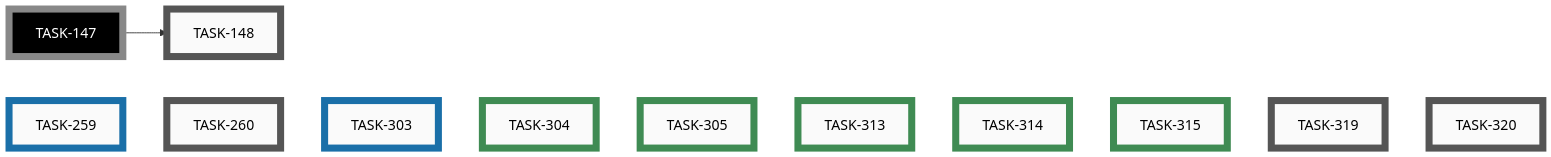
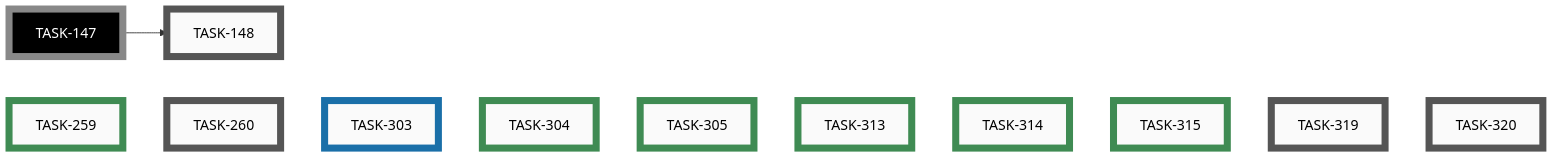
Before and after one commit to tgd1975/AwesomeStudioPedal: the seventh of 7 diagrams in docs/developers/tasks/EPICS.md, drawn with Mermaid. The commit also changed other lines of this file and 6 other files, not shown here.

First line of the commit message:
close TASK-318: /ts-task-active nags on epic branch mismatch

````diff
--- a/docs/developers/tasks/EPICS.md
+++ b/docs/developers/tasks/EPICS.md
@@ -242,36 +242,36 @@
 ```mermaid
 graph LR
     TASK_148["TASK-148"]:::open
     TASK_260["TASK-260"]:::open
     TASK_319["TASK-319"]:::open
     TASK_320["TASK-320"]:::open
-    TASK_259["TASK-259"]:::active
     TASK_303["TASK-303"]:::active
+    TASK_259["TASK-259"]:::closed
     TASK_304["TASK-304"]:::closed
     TASK_305["TASK-305"]:::closed
     TASK_313["TASK-313"]:::closed
     TASK_314["TASK-314"]:::closed
     TASK_315["TASK-315"]:::closed
     TASK_147["TASK-147"]:::openExt
     TASK_147 --> TASK_148
     TASK_259 ~~~ TASK_260 ~~~ TASK_303 ~~~ TASK_304 ~~~ TASK_305 ~~~ TASK_313 ~~~ TASK_314 ~~~ TASK_315 ~~~ TASK_319 ~~~ TASK_320
     click TASK_148 "open/task-148-reorganise-developer-documentation.md"
     click TASK_260 "open/task-260-unify-version-numbers-across-deliverables.md"
     click TASK_319 "open/task-319-remove-wireviz-precommit-block.md"
     click TASK_320 "open/task-320-remove-ble-flag-precommit-check.md"
-    click TASK_259 "active/task-259-android-app-test-protocol.md"
     click TASK_303 "active/task-303-simulator-boots-with-demo-loaded.md"
+    click TASK_259 "closed/task-259-android-app-test-protocol.md"
     click TASK_304 "closed/task-304-simulator-button-no-hover-reaction.md"
     click TASK_305 "closed/task-305-add-category-field-to-ideas.md"
     click TASK_313 "closed/task-313-emoji-icons-for-idea-categories.md"
     click TASK_314 "closed/task-314-nbsp-between-icon-and-category.md"
     click TASK_315 "closed/task-315-idea-sub-file-naming-convention.md"
     classDef open    fill:#FAFAFA,stroke:#555,stroke-width:8px,color:#000
     classDef active  fill:#FAFAFA,stroke:#1A6FA8,stroke-width:8px,color:#000
     classDef closed  fill:#FAFAFA,stroke:#3F8B53,stroke-width:8px,color:#000
     classDef paused  fill:#FAFAFA,stroke:#B07810,stroke-width:8px,color:#000
     classDef openExt    fill:#000,stroke:#888,stroke-width:8px,color:#FFF
     classDef activeExt  fill:#000,stroke:#3FA9F5,stroke-width:8px,color:#FFF
     classDef closedExt  fill:#000,stroke:#7CC68A,stroke-width:8px,color:#FFF
     classDef pausedExt  fill:#000,stroke:#F0B030,stroke-width:8px,color:#FFF
 ```
````
